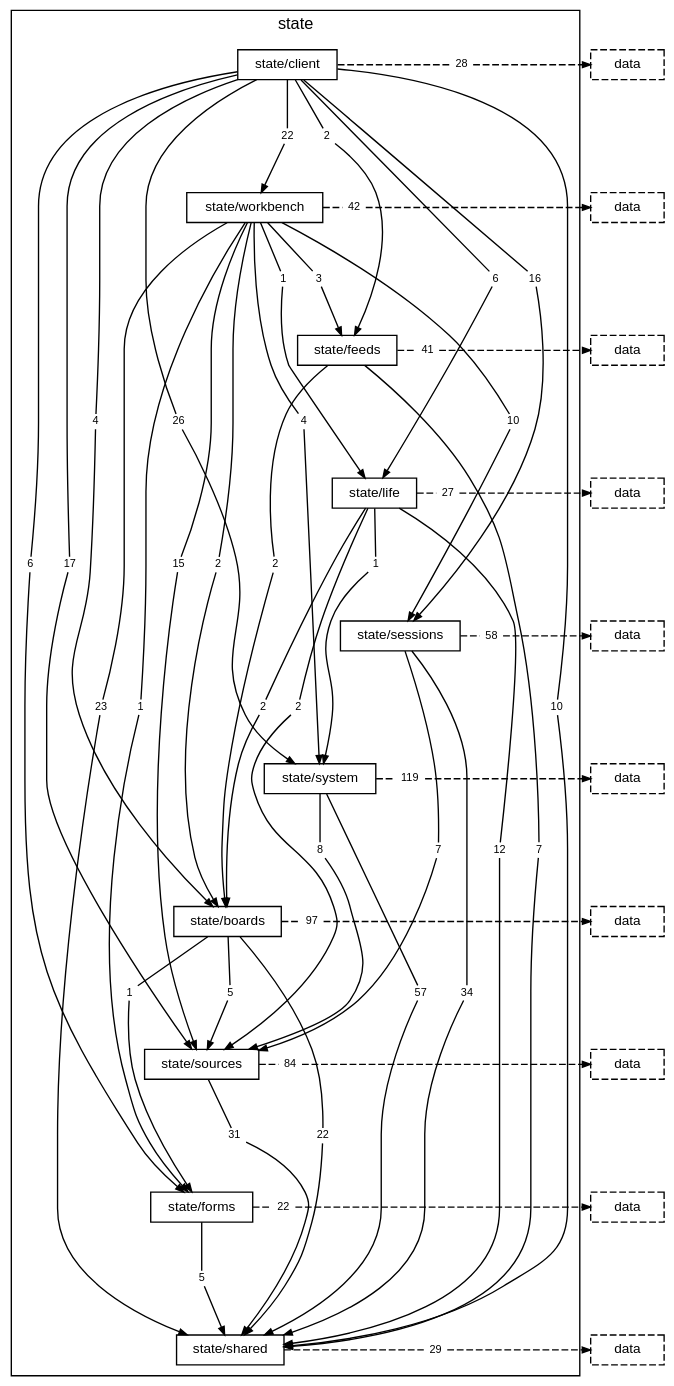
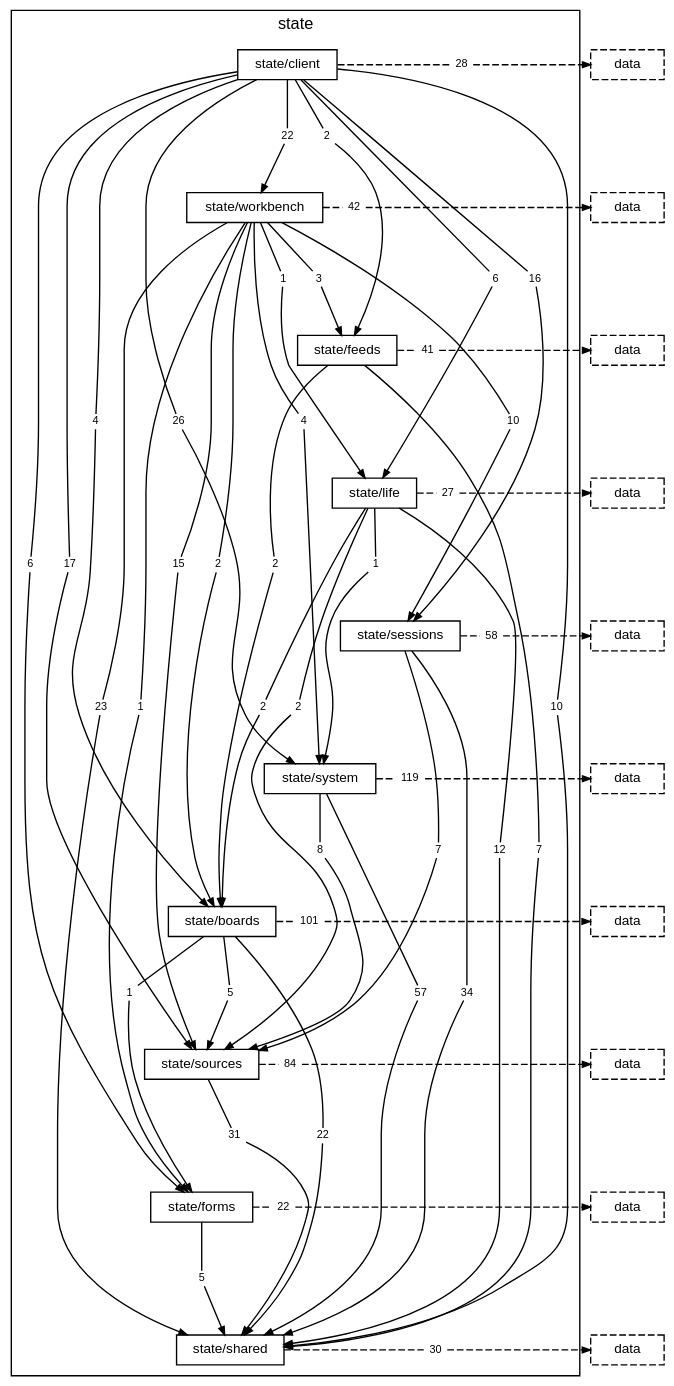
The diagram in docs/diagrams/layer-state.dot (TheAxeC/oculus), drawn with Graphviz before and after one commit. The commit also changed 75 other files, not shown here.

```diff
--- a/docs/diagrams/layer-state.dot
+++ b/docs/diagrams/layer-state.dot
@@ -50,12 +50,12 @@
         "folder state/boards to folder state/forms" [label="1", shape=box, color="transparent", fontsize=8, width=0, height=0, margin="0.04,0.02"];
         "folder state/boards to folder state/shared" [label="22", shape=box, color="transparent", fontsize=8, width=0, height=0, margin="0.04,0.02"];
         "folder state/boards to folder state/sources" [label="5", shape=box, color="transparent", fontsize=8, width=0, height=0, margin="0.04,0.02"];
-        "folder state/boards to layer data" [label="97", shape=box, color="transparent", fontsize=8, width=0, height=0, margin="0.04,0.02"];
+        "folder state/boards to layer data" [label="101", shape=box, color="transparent", fontsize=8, width=0, height=0, margin="0.04,0.02"];
         "folder state/sources to folder state/shared" [label="31", shape=box, color="transparent", fontsize=8, width=0, height=0, margin="0.04,0.02"];
         "folder state/sources to layer data" [label="84", shape=box, color="transparent", fontsize=8, width=0, height=0, margin="0.04,0.02"];
         "folder state/forms to folder state/shared" [label="5", shape=box, color="transparent", fontsize=8, width=0, height=0, margin="0.04,0.02"];
         "folder state/forms to layer data" [label="22", shape=box, color="transparent", fontsize=8, width=0, height=0, margin="0.04,0.02"];
-        "folder state/shared to layer data" [label="29", shape=box, color="transparent", fontsize=8, width=0, height=0, margin="0.04,0.02"];
+        "folder state/shared to layer data" [label="30", shape=box, color="transparent", fontsize=8, width=0, height=0, margin="0.04,0.02"];
     }
     "layer data from folder state/client" [label="data", style=dashed];
     "layer data from folder state/workbench" [label="data", style=dashed];
```
